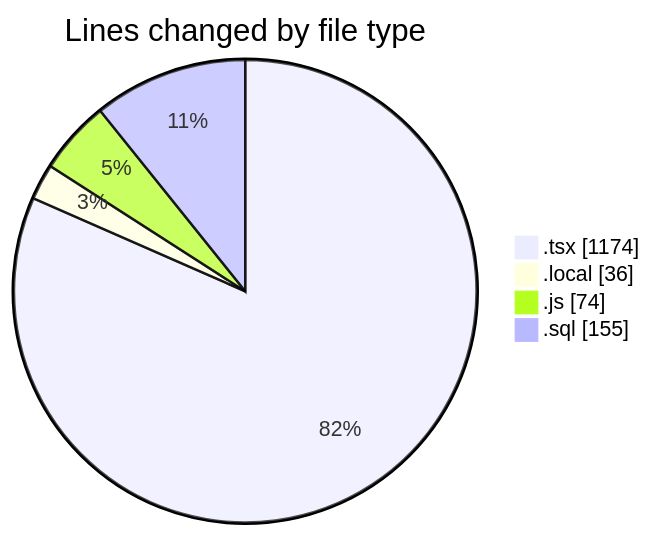
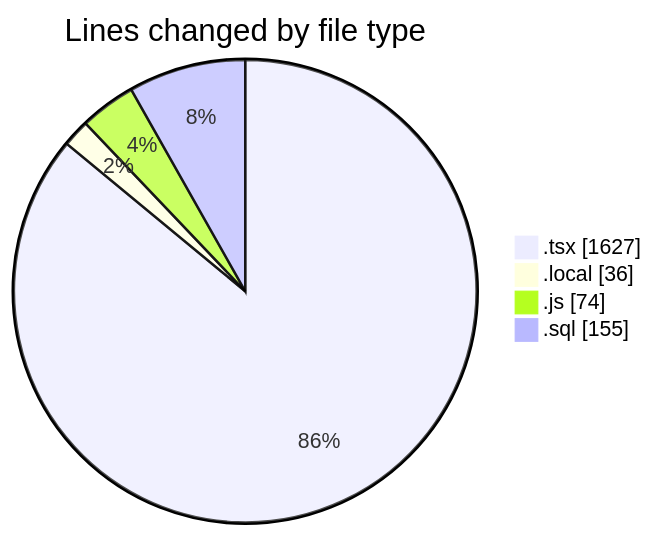
The first of 2 diagrams in 2026-02-16/chatbot-ui-main/README.md (becaeroporto-bot/code-tracking), drawn with Mermaid before and after one commit. The commit also changed other lines of this file and 1 other file, not shown here.

````diff
--- a/2026-02-16/chatbot-ui-main/README.md
+++ b/2026-02-16/chatbot-ui-main/README.md
@@ -28,8 +28,8 @@
 ```mermaid
 pie showData
 title Lines changed by file type
-".tsx" : 1174
+".tsx" : 1627
 ".local" : 36
 ".js" : 74
 ".sql" : 155
 ```
````
